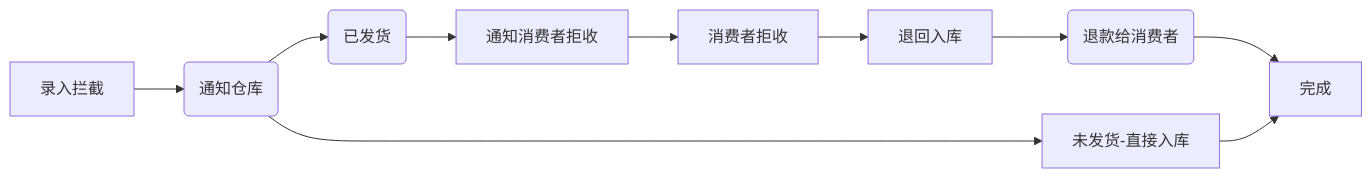
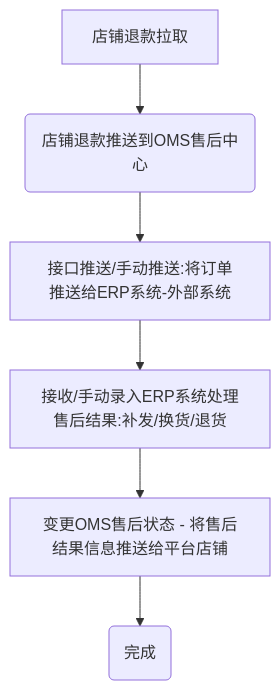
Before and after one commit to zeasin/qihangerp-open: the fourth of 4 diagrams in README.md, drawn with Mermaid. The commit also changed other lines of this file and 2 other files, not shown here.

````diff
--- a/README.md
+++ b/README.md
@@ -204,12 +93,8 @@
 ```mermaid
-graph LR
-A[录入拦截] -->B(通知仓库)
-    B --> H1[未发货-直接入库]
-    B --> D(已发货)
-    D --> E[通知消费者拒收]
-    E --> H[消费者拒收]
-    H --> C[退回入库]
-    C --> F(退款给消费者)
-    F --> G[完成]
-    H1 --> G
+graph TD
+    A[店铺退款拉取] -->B(店铺退款推送到OMS售后中心)
+    B --> D[接口推送/手动推送:将订单推送给ERP系统-外部系统]
+    D --> E[接收/手动录入ERP系统处理售后结果:补发/换货/退货]
+    E --> F[变更OMS售后状态 - 将售后结果信息推送给平台店铺]
+    F --> G(完成)
 ```
````
